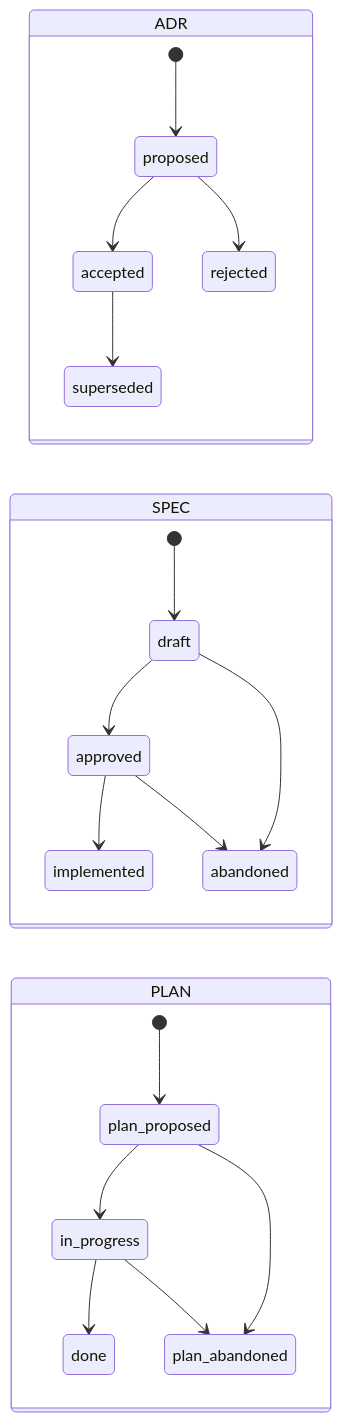
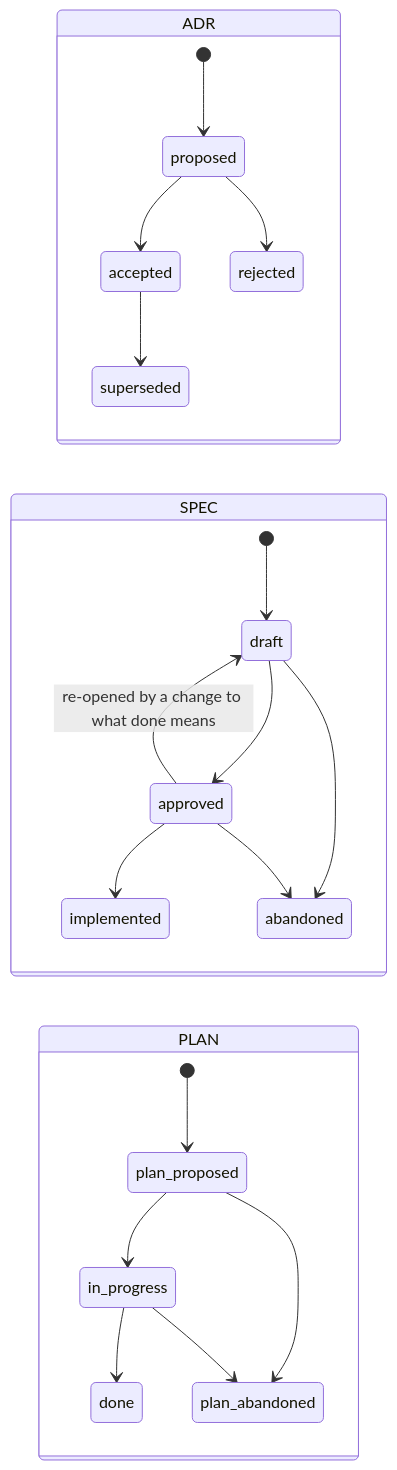
The seventh of 9 diagrams in stella-agentic-workflow-docs.md (rochar/stella.agentic.workflow), drawn with Mermaid before and after one commit. The commit also changed other lines of this file and 8 other files, not shown here.

````diff
--- a/stella-agentic-workflow-docs.md
+++ b/stella-agentic-workflow-docs.md
@@ -174,24 +176,25 @@
 ```mermaid
 stateDiagram-v2
     direction LR
     state "ADR" as adr {
         [*] --> proposed
         proposed --> accepted
         proposed --> rejected
         accepted --> superseded
     }
     state "SPEC" as spec {
         [*] --> draft
         draft --> approved
+        approved --> draft: re-opened by a change to what done means
         approved --> implemented
         draft --> abandoned
         approved --> abandoned
     }
     state "PLAN" as plan {
         [*] --> plan_proposed
         plan_proposed --> in_progress
         in_progress --> done
         plan_proposed --> plan_abandoned
         in_progress --> plan_abandoned
     }
 ```
````
